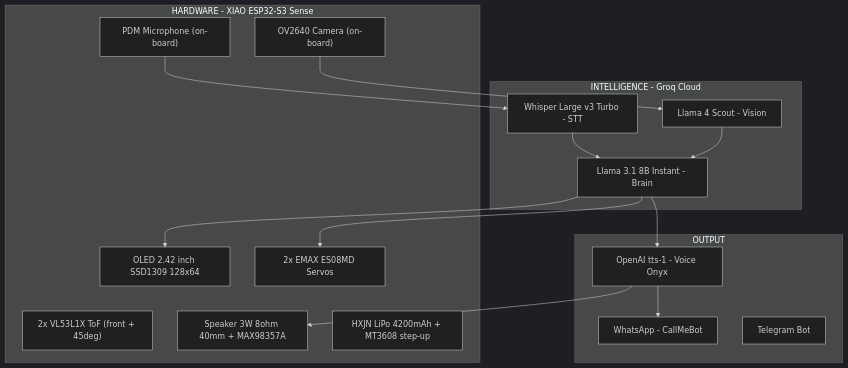
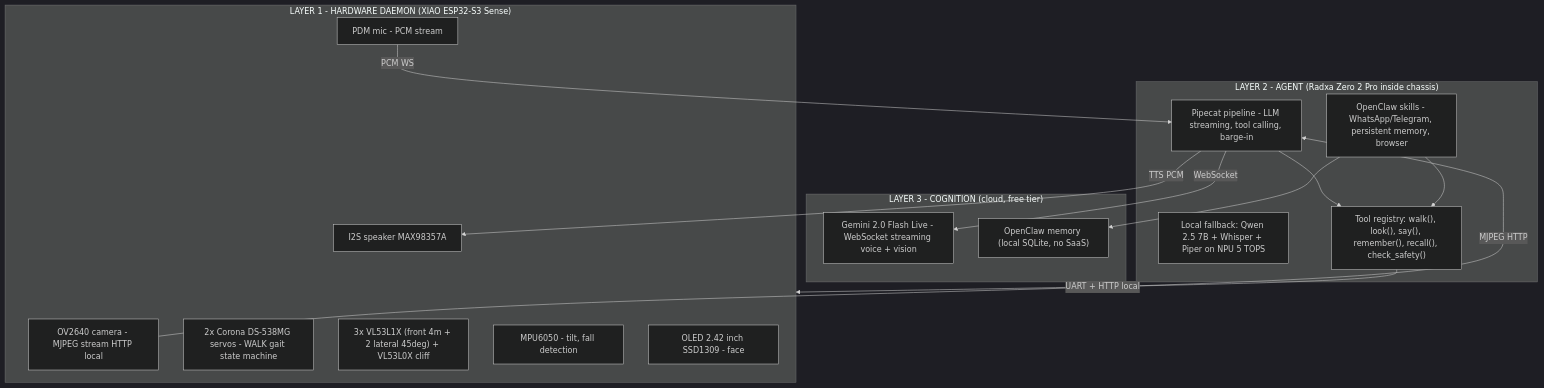
The first of 3 diagrams in README.md (zabbix-byte/real-tars), drawn with Mermaid (dark theme) before and after one commit. The commit also changed other lines of this file and 26 other files, not shown here.

First line of the commit message:
feat: Integrate Gemini 2.0 Flash for multimodal interaction

````diff
--- a/README.md
+++ b/README.md
@@ -10,34 +14,33 @@
 ```mermaid
 graph TB
-    subgraph HW["HARDWARE - XIAO ESP32-S3 Sense"]
-        MIC["PDM Microphone (on-board)"]
-        CAM["OV2640 Camera (on-board)"]
-        LIDAR["2x VL53L1X ToF (front + 45deg)"]
-        OLED["OLED 2.42 inch SSD1309 128x64"]
-        SERVOS["2x EMAX ES08MD Servos"]
-        SPK["Speaker 3W 8ohm 40mm + MAX98357A"]
-        BATT["HXJN LiPo 4200mAh + MT3608 step-up"]
+    subgraph CLOUD["LAYER 3 - COGNITION (cloud, free tier)"]
+        GEM["Gemini 2.0 Flash Live - WebSocket streaming voice + vision"]
+        MEM["OpenClaw memory (local SQLite, no SaaS)"]
     end
 
-    subgraph AI["INTELLIGENCE - Groq Cloud"]
-        STT["Whisper Large v3 Turbo - STT"]
-        LLM["Llama 3.1 8B Instant - Brain"]
-        VIS["Llama 4 Scout - Vision"]
+    subgraph BRAIN["LAYER 2 - AGENT (Radxa Zero 2 Pro inside chassis)"]
+        PIPE["Pipecat pipeline - LLM streaming, tool calling, barge-in"]
+        OPENCLAW["OpenClaw skills - WhatsApp/Telegram, persistent memory, browser"]
+        FALLBACK["Local fallback: Qwen 2.5 7B + Whisper + Piper on NPU 5 TOPS"]
+        TOOLS["Tool registry: walk(), look(), say(), remember(), recall(), check_safety()"]
     end
 
-    subgraph OUT["OUTPUT"]
-        TTS["OpenAI tts-1 - Voice Onyx"]
-        WA["WhatsApp - CallMeBot"]
-        TG["Telegram Bot"]
+    subgraph BODY["LAYER 1 - HARDWARE DAEMON (XIAO ESP32-S3 Sense)"]
+        CAM["OV2640 camera - MJPEG stream HTTP local"]
+        MIC["PDM mic - PCM stream"]
+        SPK["I2S speaker MAX98357A"]
+        SERVOS["2x Corona DS-538MG servos - WALK gait state machine"]
+        TOF["3x VL53L1X (front 4m + 2 lateral 45deg) + VL53L0X cliff"]
+        IMU["MPU6050 - tilt, fall detection"]
+        OLED["OLED 2.42 inch SSD1309 - face"]
     end
 
-    MIC --> STT
-    CAM --> VIS
-    STT --> LLM
-    VIS --> LLM
-    LLM --> TTS
-    TTS --> SPK
-    TTS --> WA
-    LLM --> OLED
-    LLM --> SERVOS
+    PIPE -->|WebSocket| GEM
+    PIPE --> TOOLS
+    OPENCLAW --> MEM
+    OPENCLAW --> TOOLS
+    TOOLS -->|UART + HTTP local| BODY
+    CAM -->|MJPEG HTTP| PIPE
+    MIC -->|PCM WS| PIPE
+    PIPE -->|TTS PCM| SPK
 ```
````
